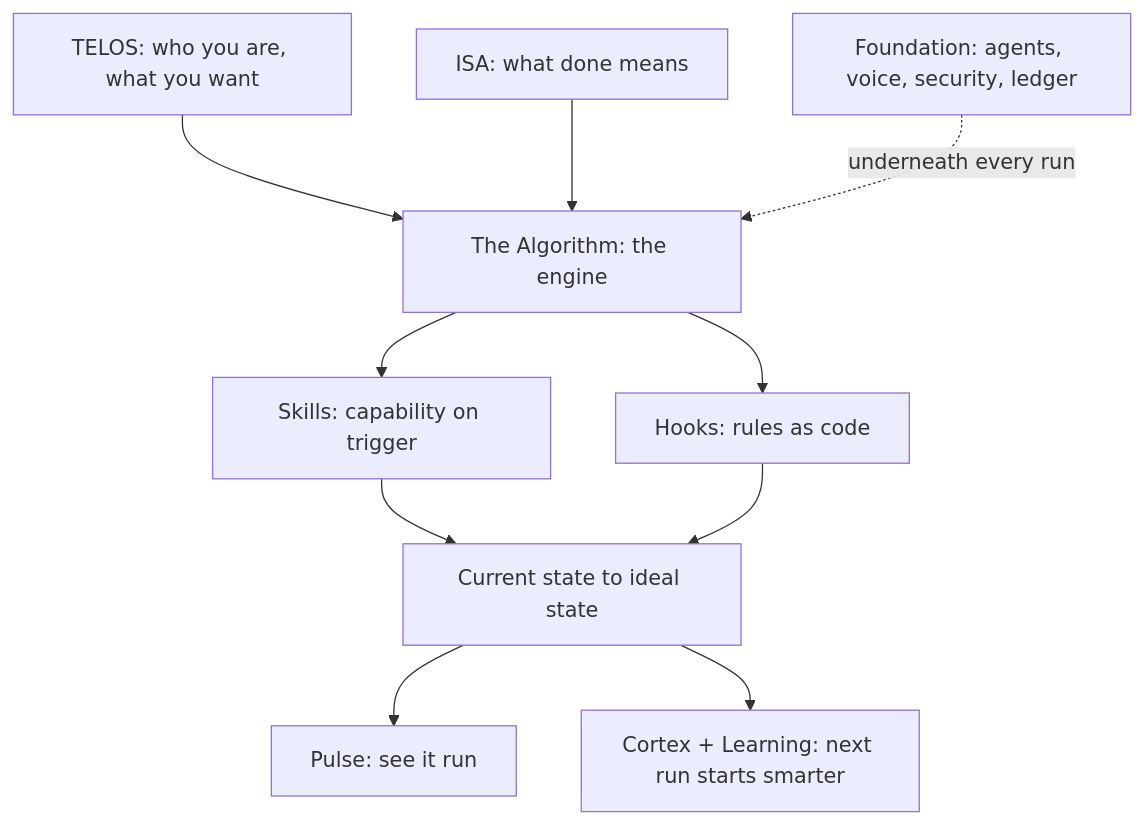
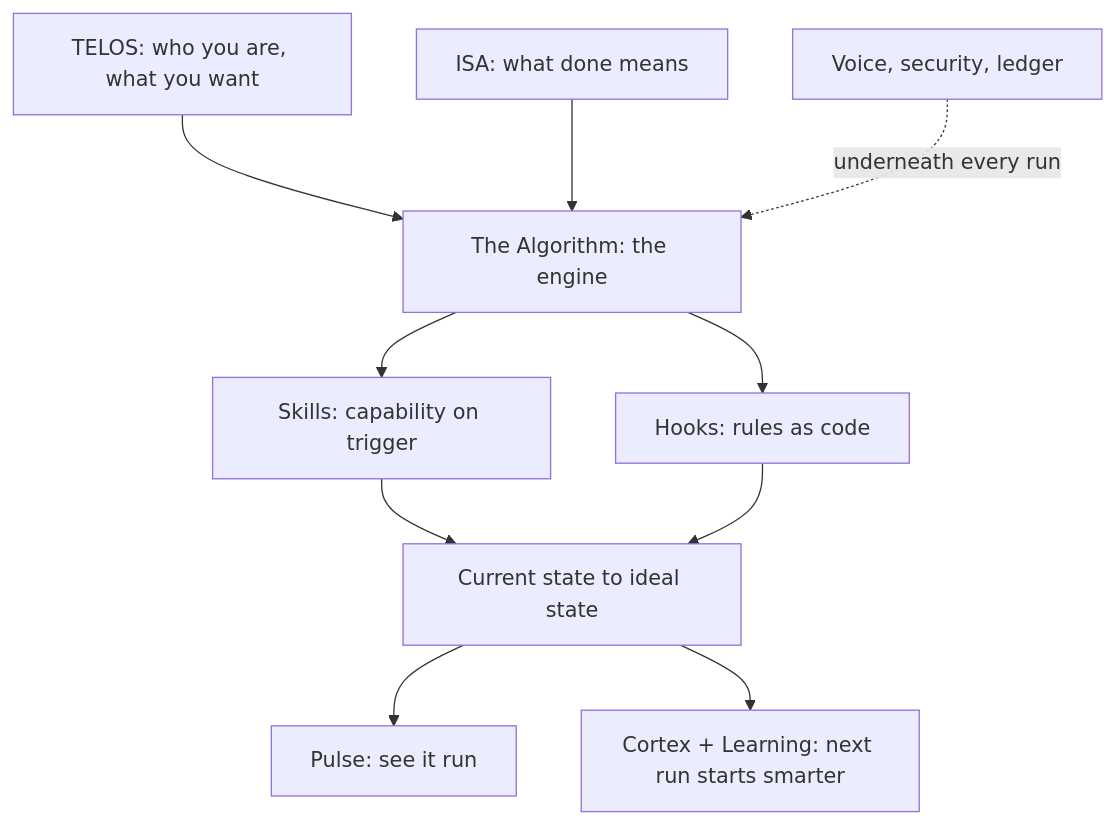
One commit to danielmiessler/Personal_AI_Infrastructure changed the diagram in LifeOS/install/LIFEOS/DOCUMENTATION/CoreComponents.md. Above: the diagram before and after it, drawn with Mermaid. The commit also changed other lines of this file and 734 other files, not shown here.

````diff
--- a/LifeOS/install/LIFEOS/DOCUMENTATION/CoreComponents.md
+++ b/LifeOS/install/LIFEOS/DOCUMENTATION/CoreComponents.md
@@ -184,12 +196,12 @@
 ```mermaid
 flowchart TD
     T[TELOS: who you are, what you want] --> ALG[The Algorithm: the engine]
     ISA[ISA: what done means] --> ALG
     ALG --> SK[Skills: capability on trigger]
     ALG --> HK[Hooks: rules as code]
     SK --> OUT[Current state to ideal state]
     HK --> OUT
     OUT --> P[Pulse: see it run]
     OUT --> M[Cortex + Learning: next run starts smarter]
-    FOUND[Foundation: agents, voice, security, ledger] -.->|underneath every run| ALG
+    FOUND[Voice, security, ledger] -.->|underneath every run| ALG
 ```
````
